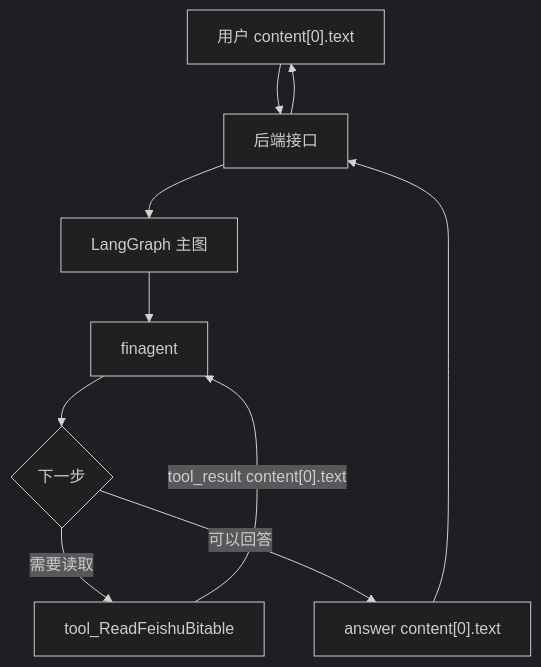
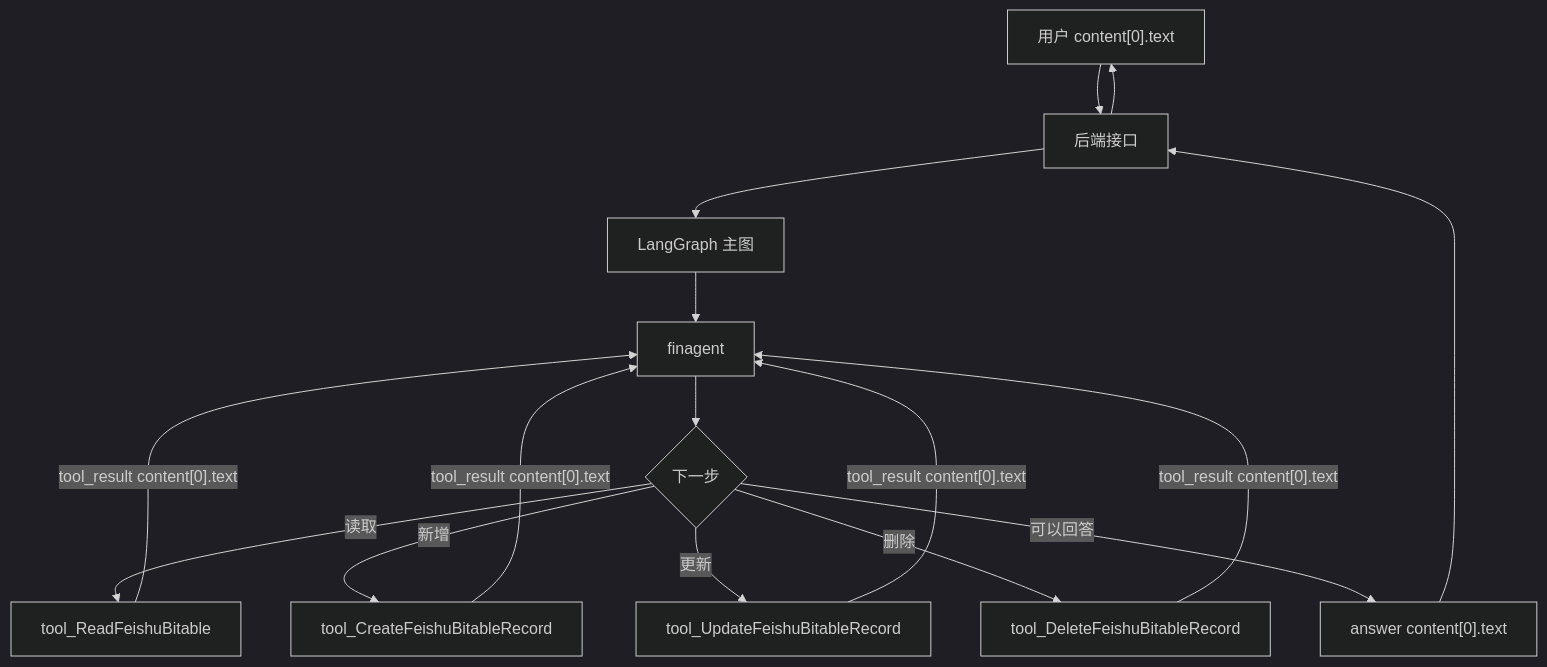
Before and after one commit to 246706510miao-svg/for-mygirl: the diagram in third/docs/总架构图.md, drawn with Mermaid (dark theme). The commit also changed 14 other files, not shown here.

````diff
--- a/third/docs/总架构图.md
+++ b/third/docs/总架构图.md
@@ -1,15 +1,21 @@
 ```mermaid
 flowchart TD
     U["用户 content[0].text"] --> BE["后端接口"]
     BE --> G["LangGraph 主图"]
 
     G --> FA["finagent"]
     FA --> D{"下一步"}
 
-    D -->|"需要读取"| TR["tool_ReadFeishuBitable"]
+    D -->|"读取"| TR["tool_ReadFeishuBitable"]
+    D -->|"新增"| TC["tool_CreateFeishuBitableRecord"]
+    D -->|"更新"| TU["tool_UpdateFeishuBitableRecord"]
+    D -->|"删除"| TD["tool_DeleteFeishuBitableRecord"]
     D -->|"可以回答"| A["answer content[0].text"]
 
     TR -->|"tool_result content[0].text"| FA
+    TC -->|"tool_result content[0].text"| FA
+    TU -->|"tool_result content[0].text"| FA
+    TD -->|"tool_result content[0].text"| FA
     A --> BE
     BE --> U
 ```
````
